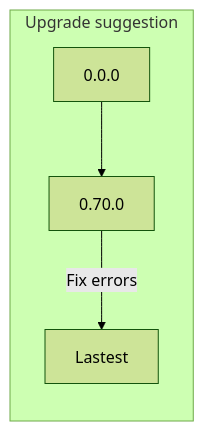
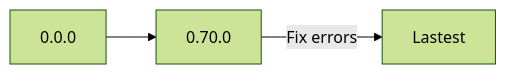
One commit to zmjack/NStandard changed the diagram in README.md. Above: the diagram before and after it, drawn with Mermaid (forest theme). The commit also changed other lines of this file and 15 other files, not shown here.

````diff
--- a/README.md
+++ b/README.md
@@ -42,6 +48,4 @@
 ```mermaid
 graph LR
-subgraph Upgrade suggestion
 0.0.0 --> 0.70.0 --> |Fix errors| Lastest
-end
 ```
````
